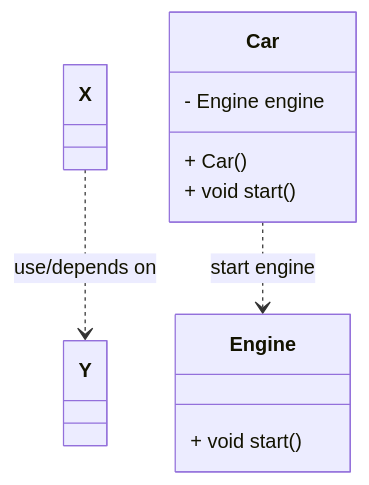
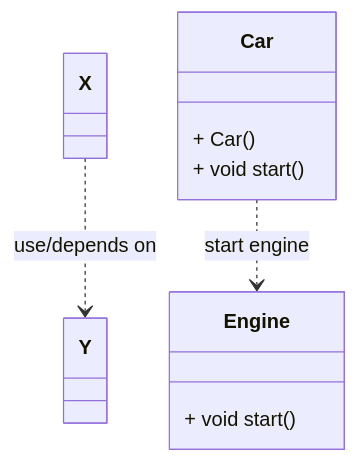
The fifth of 9 diagrams in Notes/README.md (BensonNgu/CPP), drawn with Mermaid before and after one commit. The commit also changed other lines of this file and 6 other files, not shown here.

````diff
--- a/Notes/README.md
+++ b/Notes/README.md
@@ -1953,14 +1992,13 @@
 ```mermaid
 classDiagram 
 X ..> Y : use/depends on
 Car ..> Engine : start engine
 class Car{
-  - Engine engine
   + Car()
   + void start()
 }
 
 class Engine {
   + void start()
 }
 ```
````
